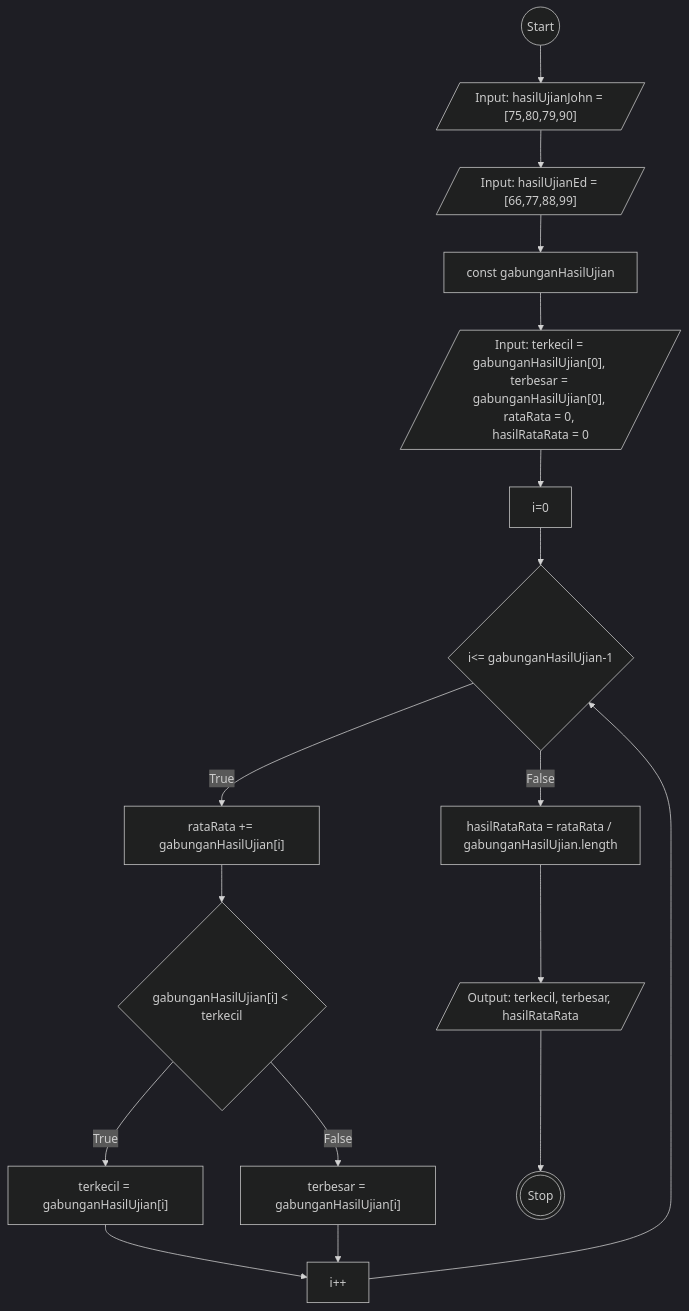
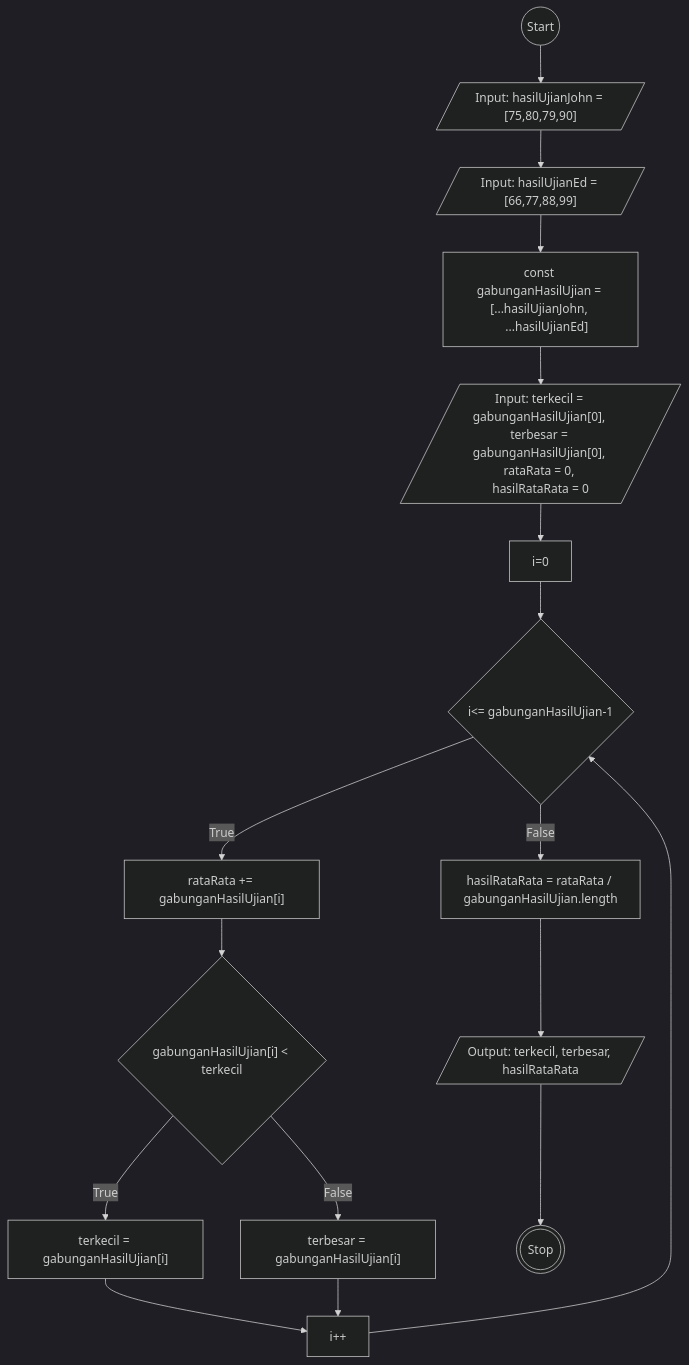
Before and after one commit to Vincentius31/koda-b6-javascript2: the diagram in task1.md, drawn with Mermaid (dark theme). The commit also changed 1 other file, not shown here.

````diff
--- a/task1.md
+++ b/task1.md
@@ -1,32 +1,33 @@
 ```mermaid
 flowchart TD
 idStart((Start))
 idInputArr1[/"Input: hasilUjianJohn = [75,80,79,90]"/]
 idInputArr2[/"Input: hasilUjianEd = [66,77,88,99]"/]
-idProcessArr[const gabunganHasilUjian]
+idProcessArr["const gabunganHasilUjian = [...hasilUjianJohn, 
+    ...hasilUjianEd] "]
 idInput[/"Input: terkecil = gabunganHasilUjian[0], terbesar = gabunganHasilUjian[0], rataRata = 0, hasilRataRata = 0"/]
 idFor[i=0]
 idLoop{i<= gabunganHasilUjian-1}
 idRata["rataRata += gabunganHasilUjian[i]"]
 idKondisi{"gabunganHasilUjian[i] < terkecil"}
 idRataRata["hasilRataRata = rataRata / gabunganHasilUjian.length"]
 idKondisiTrue["terkecil = gabunganHasilUjian[i]"]
 idKondisiFalse["terbesar = gabunganHasilUjian[i]"]
 idIPlus["i++"]
 idHasil[/Output: terkecil, terbesar, hasilRataRata/]
 idStop(((Stop)))
 
 idStart --> idInputArr1 --> idInputArr2 --> idProcessArr --> idInput --> idFor --> idLoop
 
 idLoop -- True --> idRata --> idKondisi
 idLoop -- False --> idRataRata
 
 idKondisi -- True --> idKondisiTrue --> idIPlus
 idKondisi -- False --> idKondisiFalse --> idIPlus
 
 idIPlus --> idLoop
 idRataRata --> idHasil --> idStop
 
 
 
 ```
````
